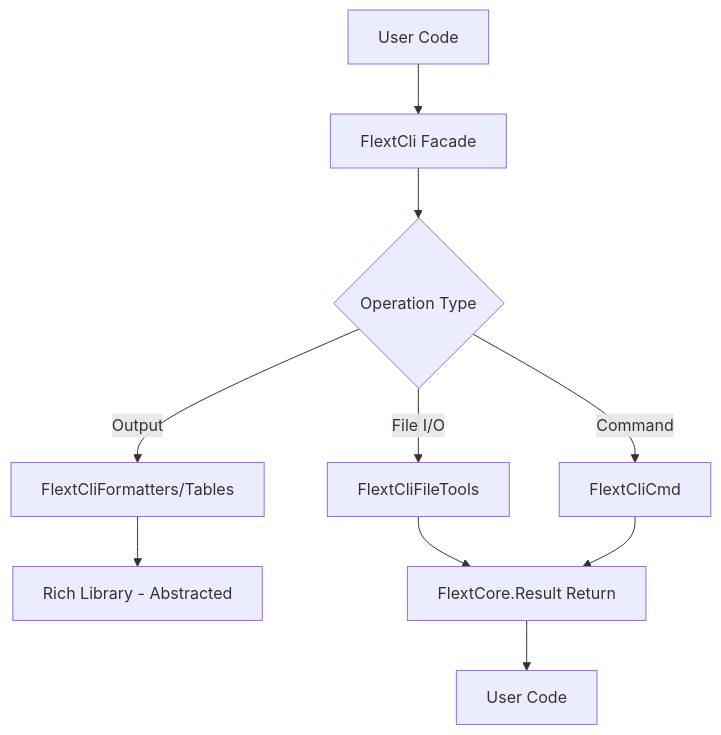
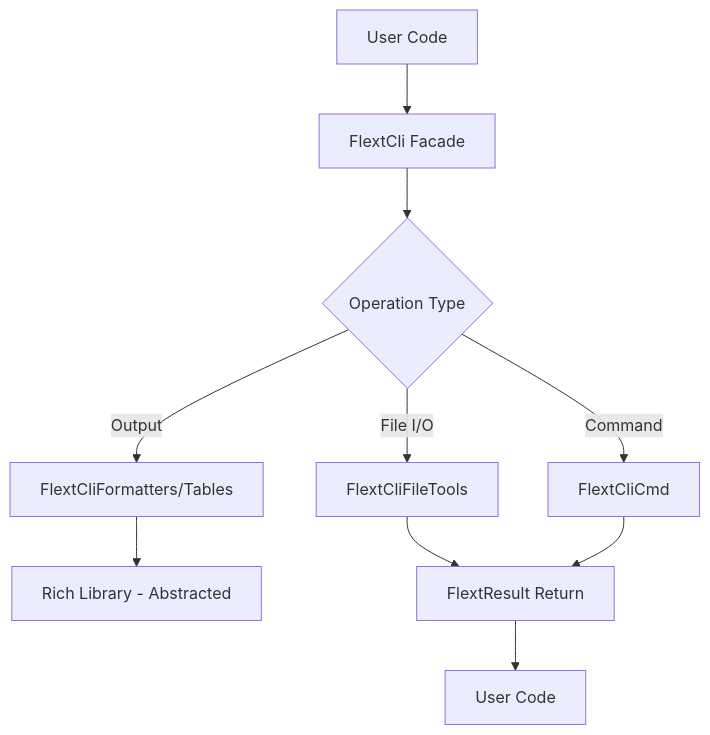
Before and after one commit to flext-sh/flext-cli: the diagram in docs/architecture.md, drawn with Mermaid. The commit also changed other lines of this file and 63 other files, not shown here.

````diff
--- a/docs/architecture.md
+++ b/docs/architecture.md
@@ -130,12 +149,12 @@
 ```mermaid
 graph TD
     A[User Code] --> B[FlextCli Facade]
     B --> C{Operation Type}
     C -->|Output| D[FlextCliFormatters/Tables]
     C -->|File I/O| E[FlextCliFileTools]
     C -->|Command| F[FlextCliCmd]
     D --> G[Rich Library - Abstracted]
-    E --> H[FlextCore.Result Return]
+    E --> H[FlextResult Return]
     F --> H
     H --> I[User Code]
 ```
````
